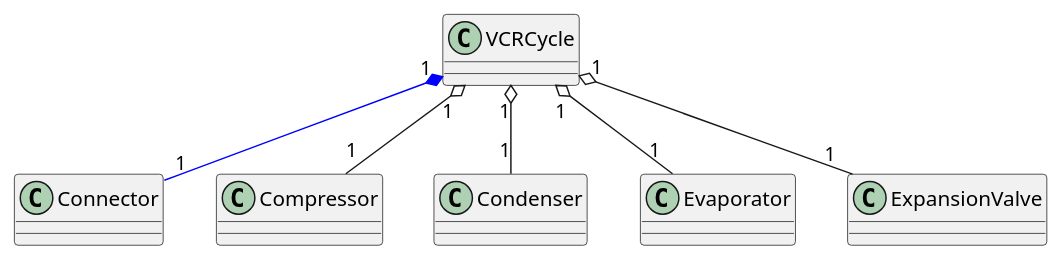
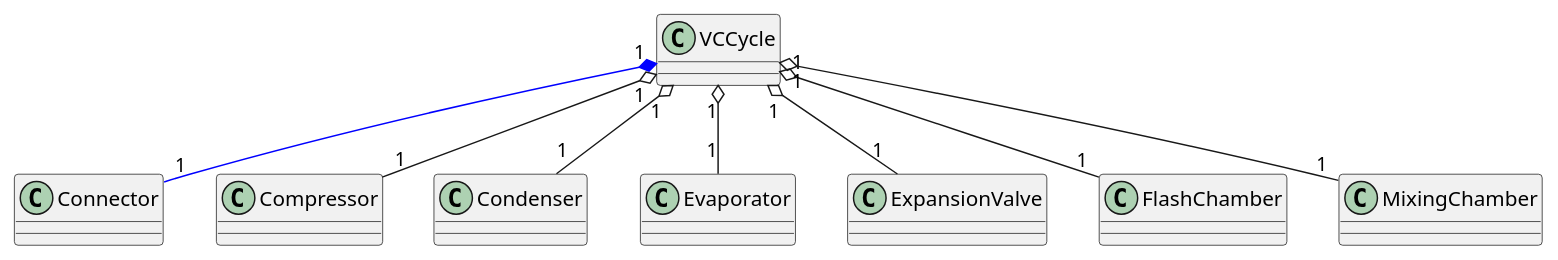
One commit to thermalogic/SimVCCE changed the fourth of 7 diagrams in uml/PlantUML_Class_VCCE.md. Above: the diagram before and after it, drawn with PlantUML. The commit also changed other lines of this file and 2 other files, not shown here.

````diff
--- a/uml/PlantUML_Class_VCCE.md
+++ b/uml/PlantUML_Class_VCCE.md
@@ -147,7 +163,9 @@
 ```puml
-VCRCycle "1" *-[#blue]- "1" Connector 
-VCRCycle "1" o-- "1" Compressor 
-VCRCycle "1" o-- "1" Condenser
-VCRCycle "1" o-- "1" Evaporator
-VCRCycle "1" o-- "1" ExpansionValve
+VCCycle "1" *-[#blue]- "1" Connector 
+VCCycle "1" o-- "1" Compressor 
+VCCycle "1" o-- "1" Condenser
+VCCycle "1" o-- "1" Evaporator
+VCCycle "1" o-- "1" ExpansionValve
+VCCycle "1" o-- "1" FlashChamber
+VCCycle "1" o-- "1" MixingChamber
 ```
````
